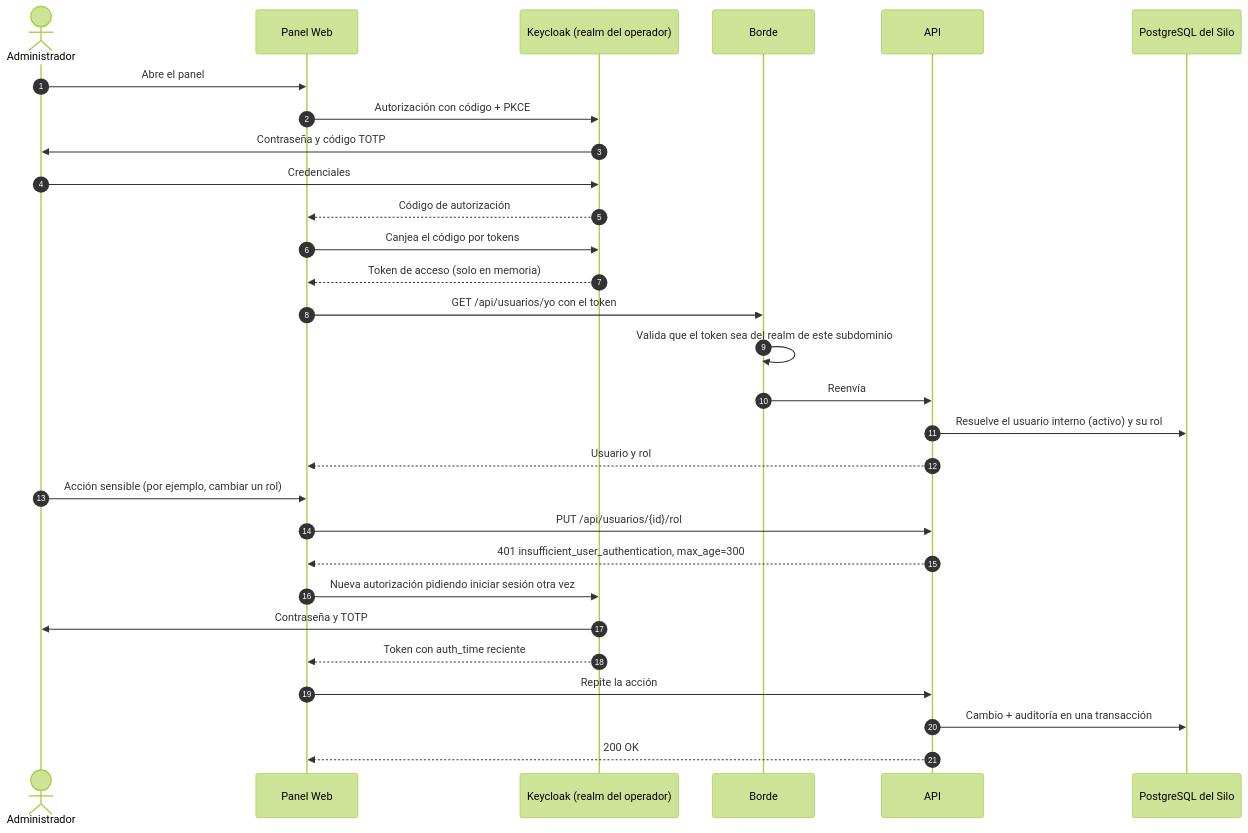
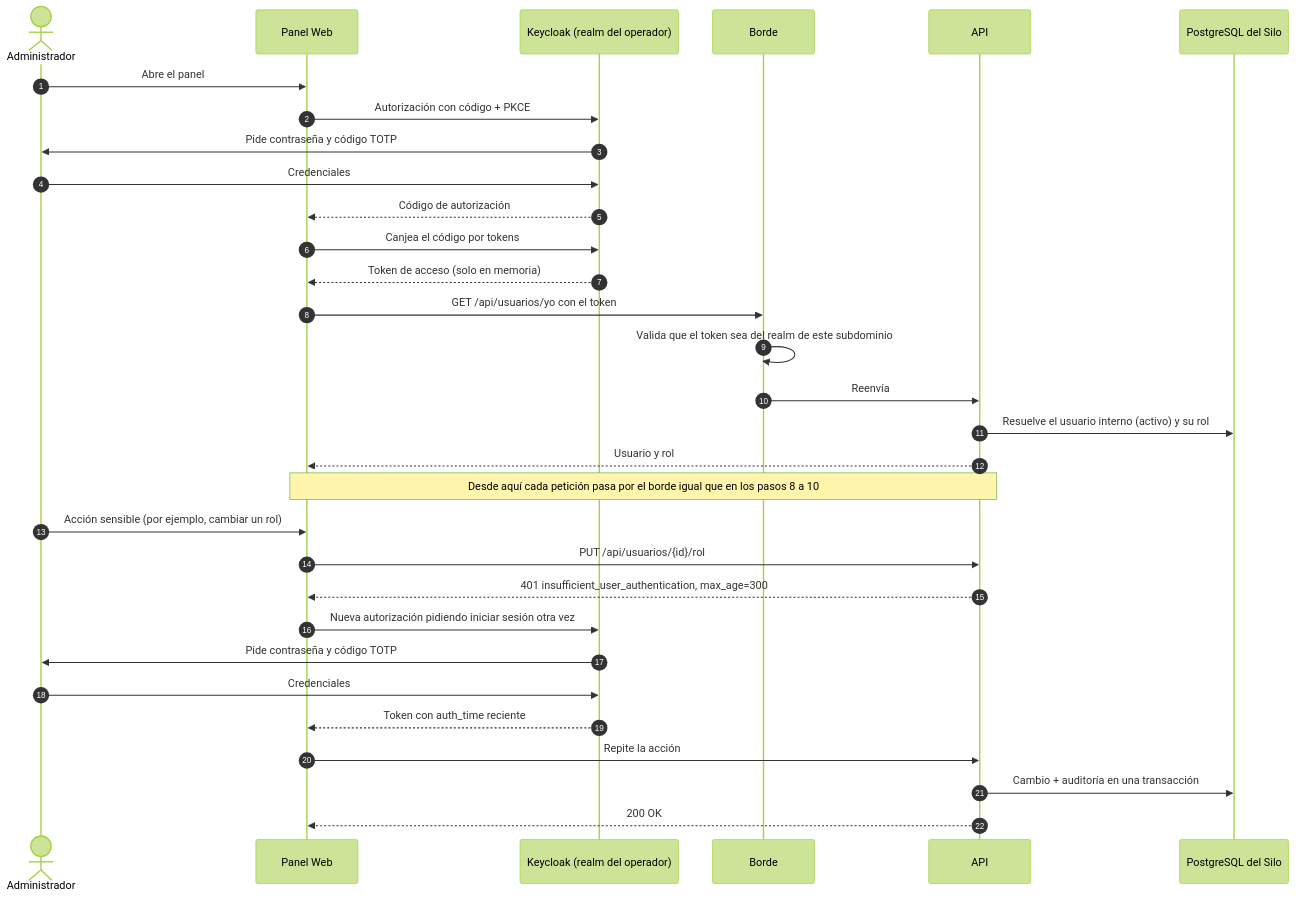
One commit to jhonnyebc/FlowRide changed the sixth of 8 diagrams in docs/DAS.md. Above: the diagram before and after it, drawn with Mermaid (forest theme). The commit also changed other lines of this file and 11 other files, not shown here.

First line of the commit message:
docs: modelo entidad-relación real y diagramas del DAS revisados

````diff
--- a/docs/DAS.md
+++ b/docs/DAS.md
@@ -1704,32 +1702,34 @@
 ```mermaid
 sequenceDiagram
     autonumber
     actor U as Administrador
     participant UI as Panel Web
     participant K as Keycloak (realm del operador)
     participant B as Borde
     participant A as API
     participant DB as PostgreSQL del Silo
 
     U->>UI: Abre el panel
     UI->>K: Autorización con código + PKCE
-    K->>U: Contraseña y código TOTP
+    K->>U: Pide contraseña y código TOTP
     U->>K: Credenciales
     K-->>UI: Código de autorización
     UI->>K: Canjea el código por tokens
     K-->>UI: Token de acceso (solo en memoria)
     UI->>B: GET /api/usuarios/yo con el token
     B->>B: Valida que el token sea del realm de este subdominio
     B->>A: Reenvía
     A->>DB: Resuelve el usuario interno (activo) y su rol
     A-->>UI: Usuario y rol
+    Note over UI,A: Desde aquí cada petición pasa por el borde igual que en los pasos 8 a 10
     U->>UI: Acción sensible (por ejemplo, cambiar un rol)
     UI->>A: PUT /api/usuarios/{id}/rol
     A-->>UI: 401 insufficient_user_authentication, max_age=300
     UI->>K: Nueva autorización pidiendo iniciar sesión otra vez
-    K->>U: Contraseña y TOTP
+    K->>U: Pide contraseña y código TOTP
+    U->>K: Credenciales
     K-->>UI: Token con auth_time reciente
     UI->>A: Repite la acción
     A->>DB: Cambio + auditoría en una transacción
     A-->>UI: 200 OK
 ```
````
